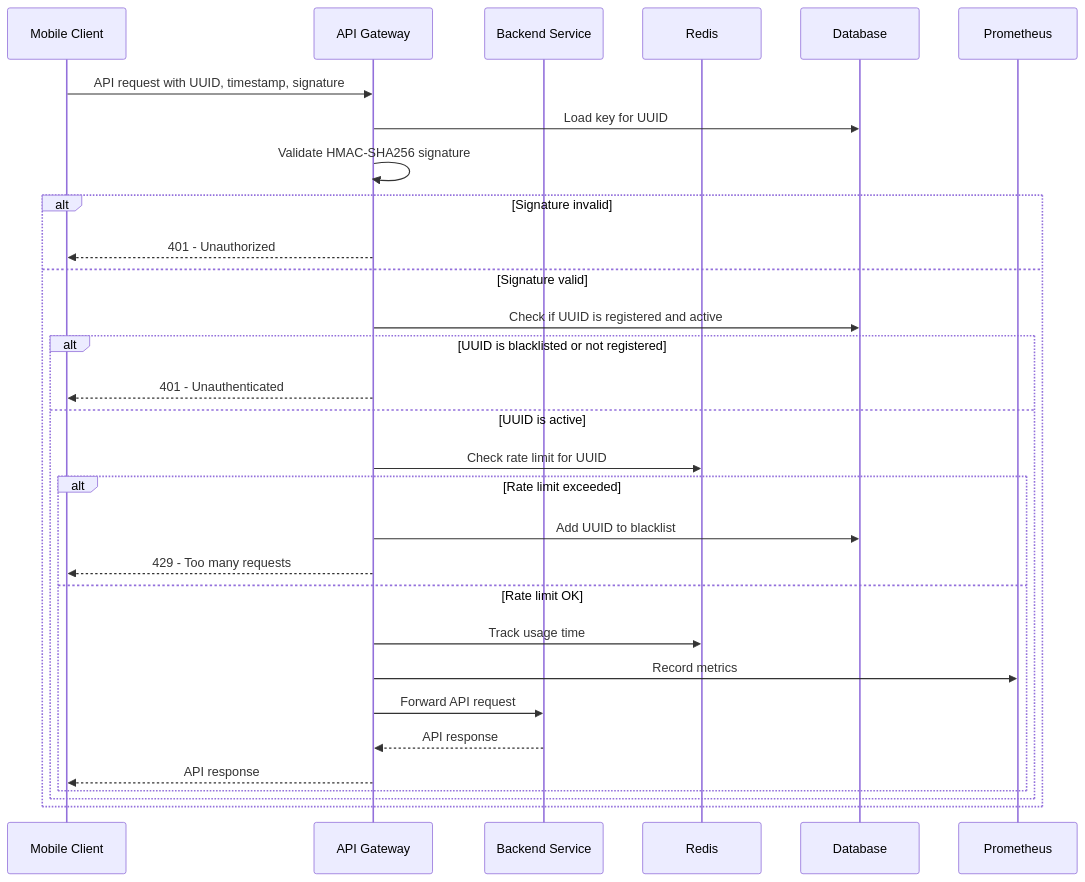
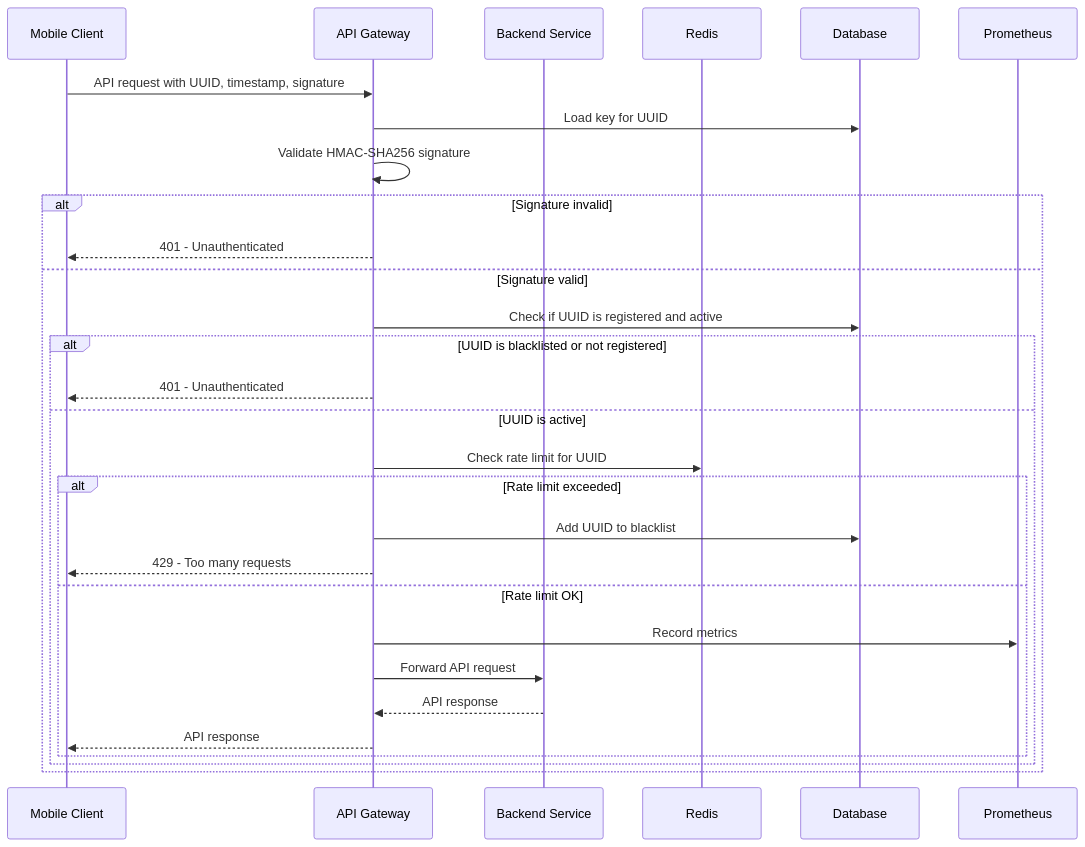
Before and after one commit to varress/coursework: the diagram in README.md, drawn with Mermaid. The commit also changed other lines of this file, not shown here.

````diff
--- a/README.md
+++ b/README.md
@@ -38,33 +38,32 @@
 ```mermaid
 sequenceDiagram
     participant Mobile Client
     participant API Gateway
     participant Backend Service
     participant Redis
     participant Database
     participant Prometheus
 
     Mobile Client->>API Gateway: API request with UUID, timestamp, signature
     API Gateway->>Database: Load key for UUID
     API Gateway->>API Gateway: Validate HMAC-SHA256 signature
     alt Signature invalid
-        API Gateway-->>Mobile Client: 401 - Unauthorized
+        API Gateway-->>Mobile Client: 401 - Unauthenticated
     else Signature valid
         API Gateway->>Database: Check if UUID is registered and active
         alt UUID is blacklisted or not registered
             API Gateway-->>Mobile Client: 401 - Unauthenticated
         else UUID is active
             API Gateway->>Redis: Check rate limit for UUID
             alt Rate limit exceeded
                 API Gateway->>Database: Add UUID to blacklist
                 API Gateway-->>Mobile Client: 429 - Too many requests
             else Rate limit OK
-                API Gateway->>Redis: Track usage time
                 API Gateway->>Prometheus: Record metrics
                 API Gateway->>Backend Service: Forward API request
                 Backend Service-->>API Gateway: API response
                 API Gateway-->>Mobile Client: API response
             end
         end
     end
 ```
````
